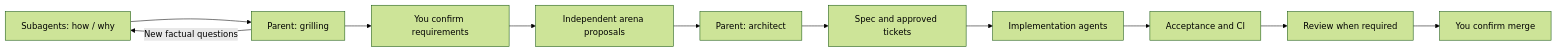
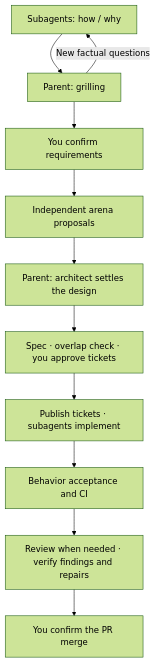
Before and after one commit to YinFengWindy/windflow: the second of 2 diagrams in README.md, drawn with Mermaid (forest theme). The commit also changed other lines of this file and 1 other file, not shown here.

Commit message:
docs: explain Windflow with examples and agent collaboration diagrams

````diff
--- a/README.md
+++ b/README.md
@@ -11,13 +116,13 @@
 ```mermaid
-flowchart LR
+flowchart TD
   H["Subagents: how / why"] --> G["Parent: grilling"]
   G -->|New factual questions| H
   G --> C["You confirm requirements"]
   C --> A["Independent arena proposals"]
-  A --> D["Parent: architect"]
-  D --> T["Spec and approved tickets"]
-  T --> I["Implementation agents"]
-  I --> V["Acceptance and CI"]
-  V --> R["Review when required"]
-  R --> M["You confirm merge"]
+  A --> D["Parent: architect settles the design"]
+  D --> T["Spec · overlap check · you approve tickets"]
+  T --> I["Publish tickets · subagents implement"]
+  I --> V["Behavior acceptance and CI"]
+  V --> R["Review when needed · verify findings and repairs"]
+  R --> M["You confirm the PR merge"]
 ```
````
